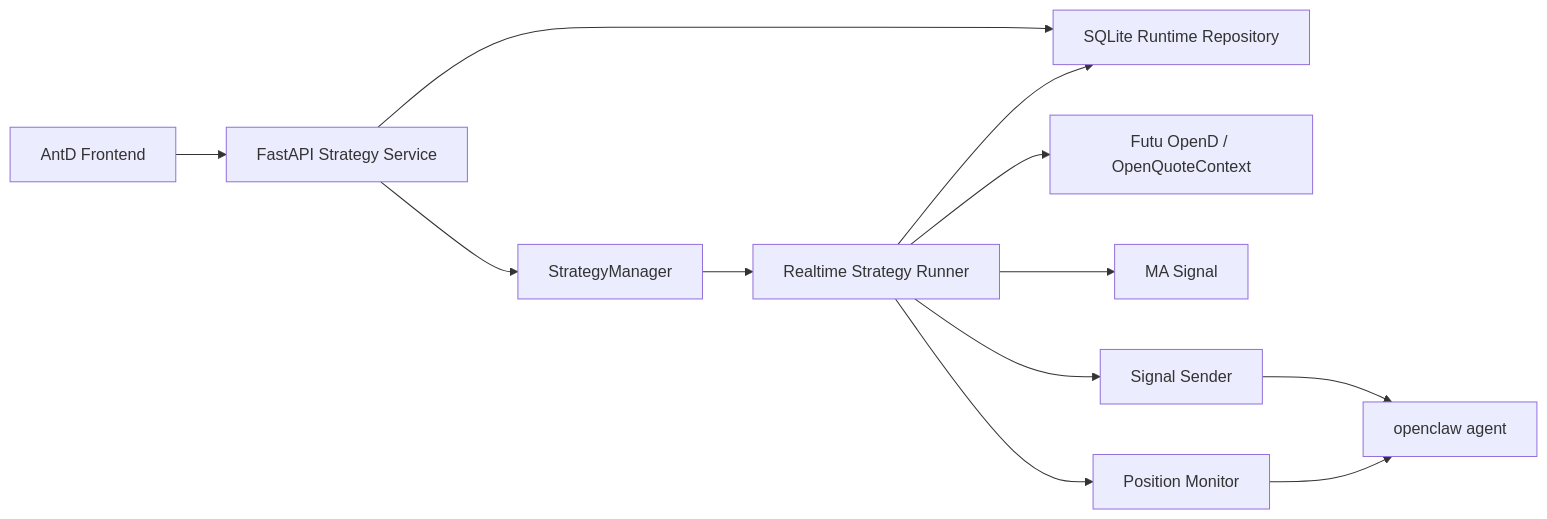
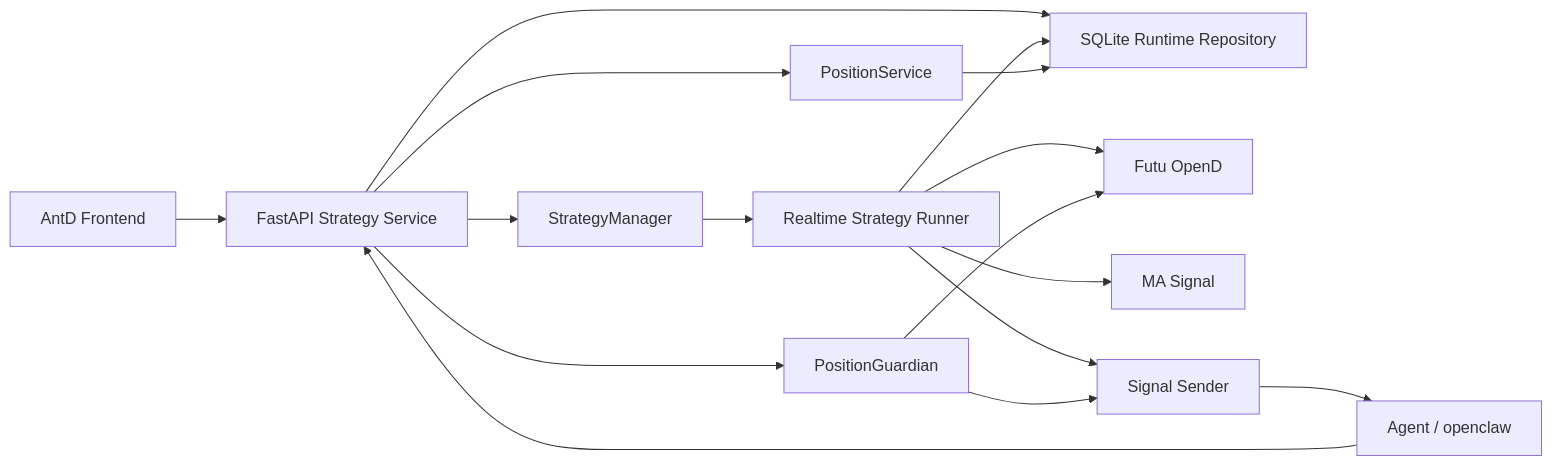
One commit to JasperLai/quant-trading-system changed the first of 4 diagrams in docs/STRATEGY_ARCHITECTURE.md. Above: the diagram before and after it, drawn with Mermaid. The commit also changed other lines of this file and 10 other files, not shown here.

````diff
--- a/docs/STRATEGY_ARCHITECTURE.md
+++ b/docs/STRATEGY_ARCHITECTURE.md
@@ -29,14 +29,18 @@
 ```mermaid
 flowchart LR
     UI["AntD Frontend"] --> API["FastAPI Strategy Service"]
     API --> SM["StrategyManager"]
+    API --> PS["PositionService"]
+    API --> PG["PositionGuardian"]
     API --> REPO["SQLite Runtime Repository"]
     SM --> RT["Realtime Strategy Runner"]
-    RT --> OD["Futu OpenD / OpenQuoteContext"]
+    RT --> OD["Futu OpenD"]
     RT --> SG["MA Signal"]
     RT --> SS["Signal Sender"]
-    RT --> PM["Position Monitor"]
     RT --> REPO
-    SS --> OC["openclaw agent"]
-    PM --> OC
+    PG --> OD
+    PG --> SS
+    PS --> REPO
+    SS --> AG["Agent / openclaw"]
+    AG --> API
 ```
````
